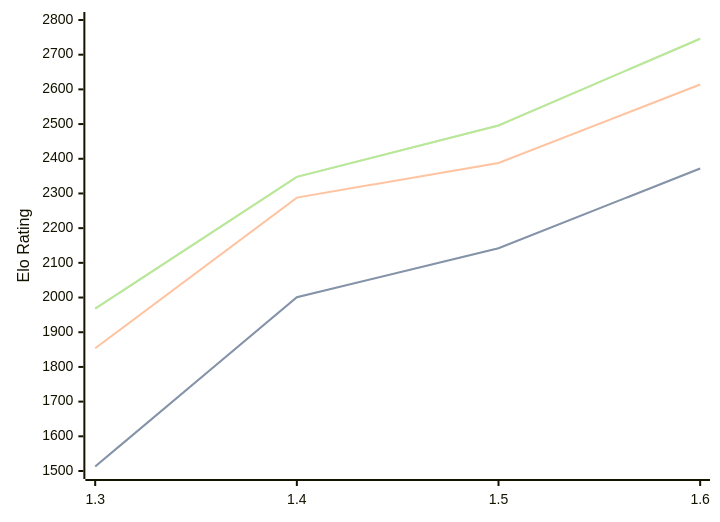
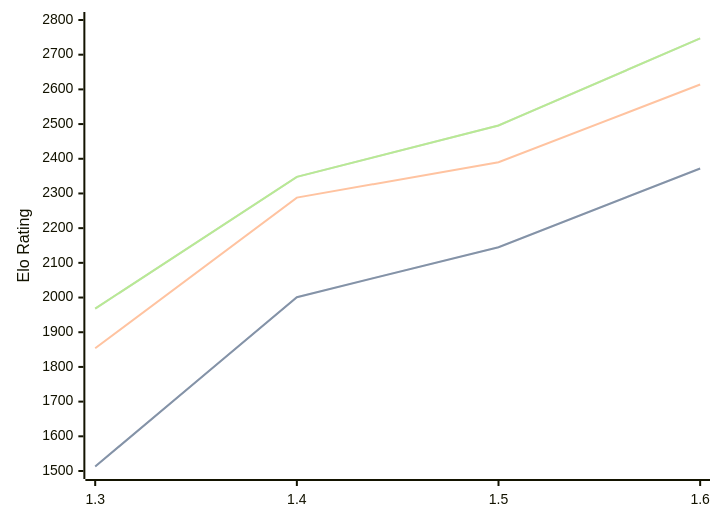
The diagram in engines/Facon.md (computer-chess-index/cci), drawn with Mermaid before and after one commit. The commit also changed other lines of this file, not shown here.

Commit message:
Update CCI Ratings (ELO VLTC) - 2026-08-25

````diff
--- a/engines/Facon.md
+++ b/engines/Facon.md
@@ -35,11 +35,11 @@
 ```mermaid
 %%{init: {"theme":"base","themeVariables":{"seriesColors:['#a3a3a3','#222221','#faa371']}}}%%
 xychart-beta
   x-axis ["1.3", "1.4", "1.5", "1.6"]
   y-axis "Elo Rating" 1500 --> 2800
-  line "STC (8.0+0.08s)" [1513, 2001, 2142, 2372]
-  line "STC (8.0+0.08s)" [1513, 2001, 2142, 2372]
-  line "LTC (60.0+0.60s)" [1854, 2288, 2388, 2614]
-  line "VLTC (2m24s+1.12s)" [1968, 2348, 2496, 2746]
-  line "VLTC (2m24s+1.12s)" [1968, 2348, 2496, 2746]
+  line "STC (8.0+0.08s)" [1513, 2001, 2145, 2372]
+  line "STC (8.0+0.08s)" [1513, 2001, 2145, 2372]
+  line "LTC (60.0+0.60s)" [1854, 2288, 2390, 2614]
+  line "VLTC (2m24s+1.12s)" [1968, 2348, 2496, 2747]
+  line "VLTC (2m24s+1.12s)" [1968, 2348, 2496, 2747]
 ```
````
